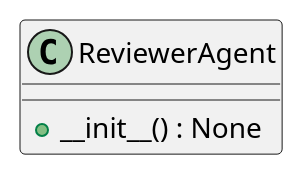
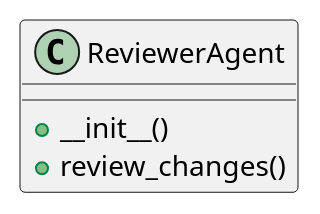
The diagram in openwiki/src/autogen_team/application/agents/reviewer_agent.md (lgcorzo/llmops-python-package), drawn with PlantUML before and after one commit. The commit also changed other lines of this file and 77 other files, not shown here.

````diff
--- a/openwiki/src/autogen_team/application/agents/reviewer_agent.md
+++ b/openwiki/src/autogen_team/application/agents/reviewer_agent.md
@@ -49,7 +73,8 @@
 ```plantuml
 @startuml
-    class ReviewerAgent {
-        +__init__() : None
-    }
+class ReviewerAgent {
+  + __init__()
+  + review_changes()
+}
 @enduml
 ```
````
